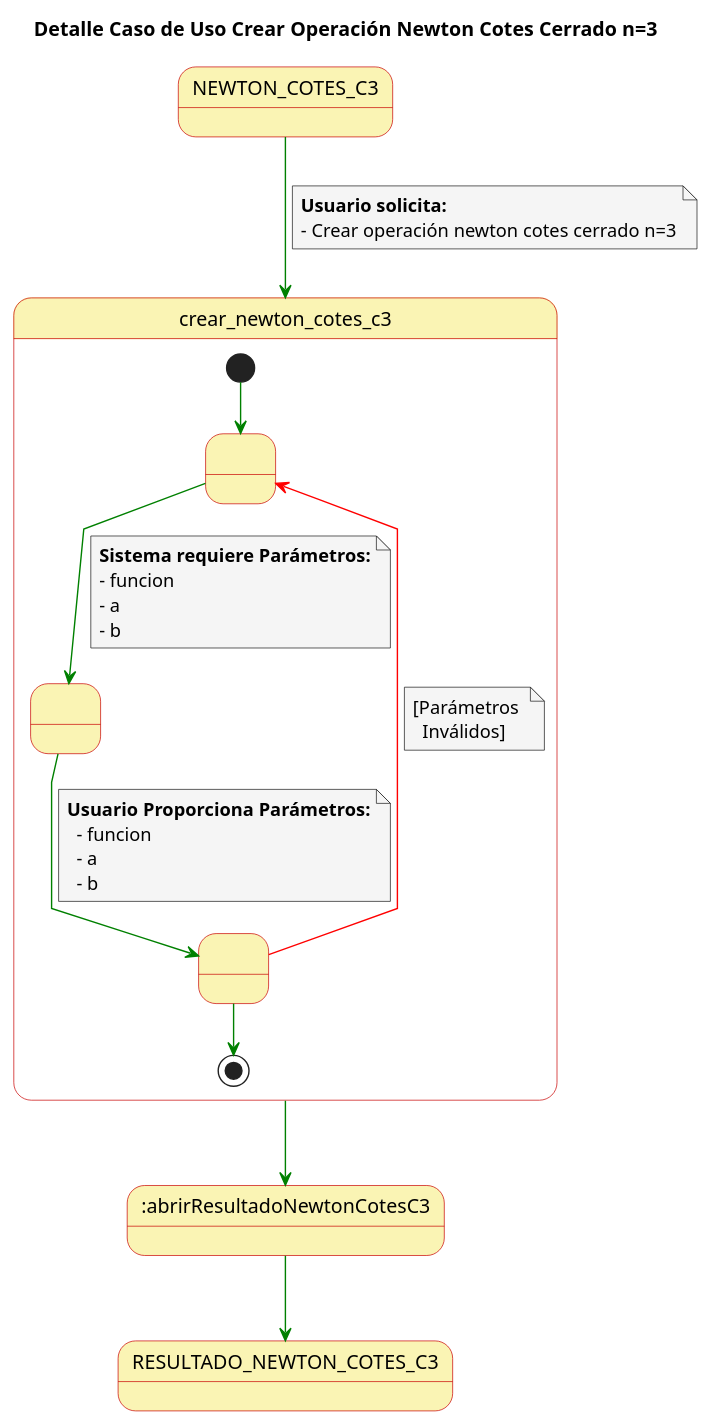
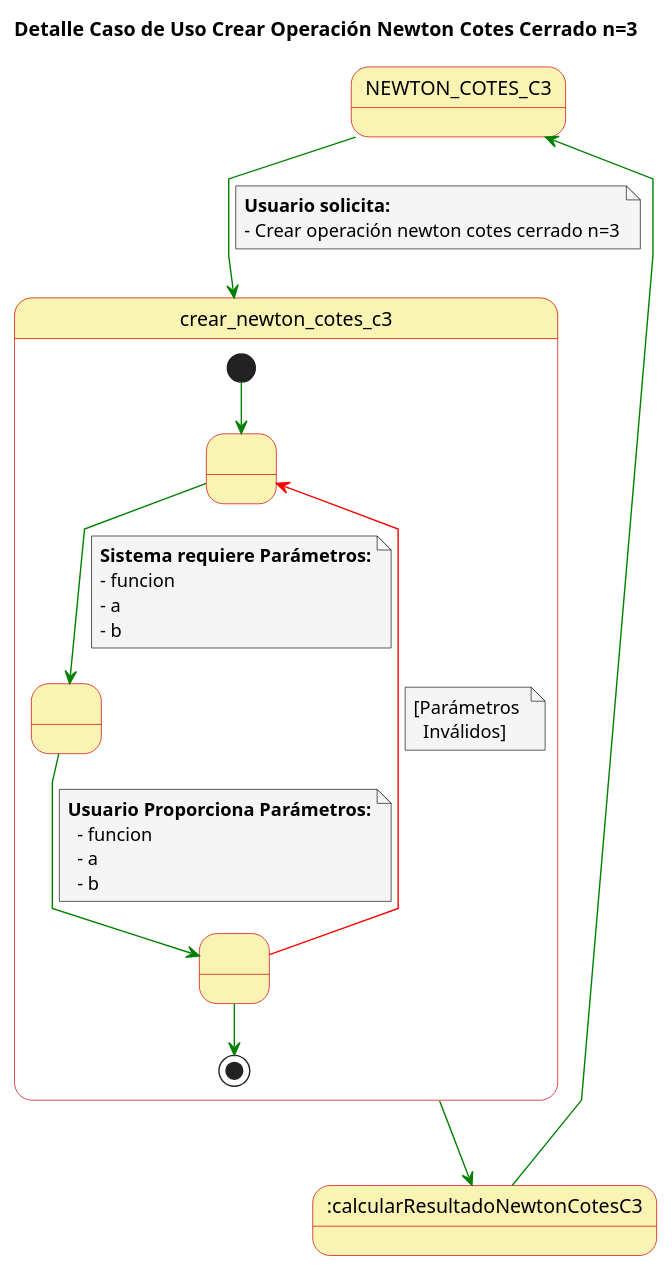
The diagram in casosDeUso/detallesCasosUsoDiferenciacionNumericaEIntegracion/detalleCasoUsoCrearNewtonCotesC3.puml (rodri5villa/numath-API), drawn with PlantUML before and after one commit. The commit also changed 148 other files, not shown here.

```diff
--- a/casosDeUso/detallesCasosUsoDiferenciacionNumericaEIntegracion/detalleCasoUsoCrearNewtonCotesC3.puml
+++ b/casosDeUso/detallesCasosUsoDiferenciacionNumericaEIntegracion/detalleCasoUsoCrearNewtonCotesC3.puml
@@ -1,56 +1,59 @@
 @startuml
+
+top to bottom direction
 
 skinparam state {
   BackgroundColor #faf4b4
   BorderColor #c90000
 }
 
 skinparam note {
   BackgroundColor #f5f5f5
 }
 
 skinparam linetype polyline
 
 title Detalle Caso de Uso Crear Operación Newton Cotes Cerrado n=3
 
+state NEWTON_COTES_C3
 
 NEWTON_COTES_C3-[#green]-> crear_newton_cotes_c3
 note on link
   **Usuario solicita:**
   - Crear operación newton cotes cerrado n=3
 end note
 
 state crear_newton_cotes_c3{
   state 1 as " "
   state 2 as " "
   state 3 as " "
   
   [*] -[#green]-> 1
   1 -[#green]-> 2
   note on link
       **Sistema requiere Parámetros:**
       - funcion
       - a
       - b
   end note
   2 -[#green]-> 3
   note on link
     **Usuario Proporciona Parámetros:**
       - funcion
       - a
       - b
   end note
   3 -[#red]-> 1
   note on link
     [Parámetros 
       Inválidos]
   end note
   3 -[#green]-> [*]
 
 }
 
-crear_newton_cotes_c3-[#green]-> :abrirResultadoNewtonCotesC3
+crear_newton_cotes_c3-[#green]-> :calcularResultadoNewtonCotesC3
 
-:abrirResultadoNewtonCotesC3-[#green]-> RESULTADO_NEWTON_COTES_C3
+:calcularResultadoNewtonCotesC3-[#green]-> NEWTON_COTES_C3
 
 @enduml
```
